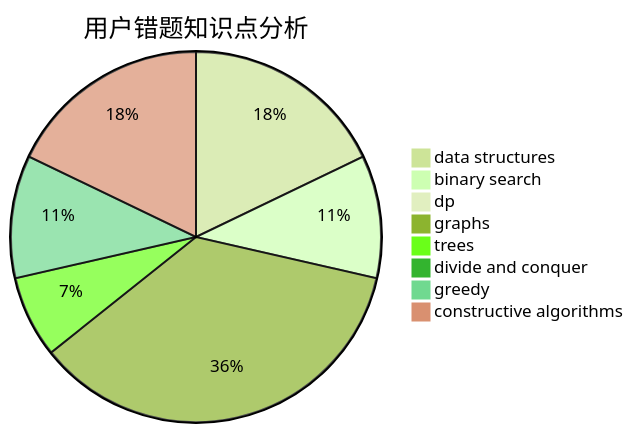
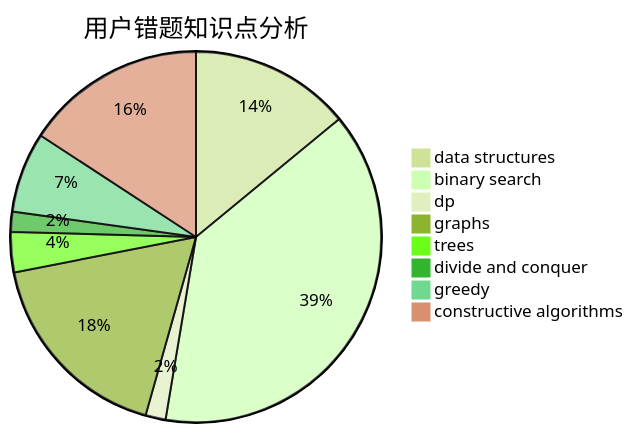
One commit to sherpahu/cfrs.github.io changed the third of 3 diagrams in docs/user/u2656.md. Above: the diagram before and after it, drawn with Mermaid (forest theme). The commit also changed other lines of this file and 2770 other files, not shown here.

````diff
--- a/docs/user/u2656.md
+++ b/docs/user/u2656.md
@@ -36,11 +36,11 @@
 ```mermaid
 pie title 用户错题知识点分析
-    "data structures" :  5
-    "binary search" :  3
-    "dp" :  0
+    "data structures" :  8
+    "binary search" :  22
+    "dp" :  1
     "graphs" :  10
     "trees" :  2
-    "divide and conquer" :  0
-    "greedy" :  3
-    "constructive algorithms" :  5
+    "divide and conquer" :  1
+    "greedy" :  4
+    "constructive algorithms" :  9
 ```
````
